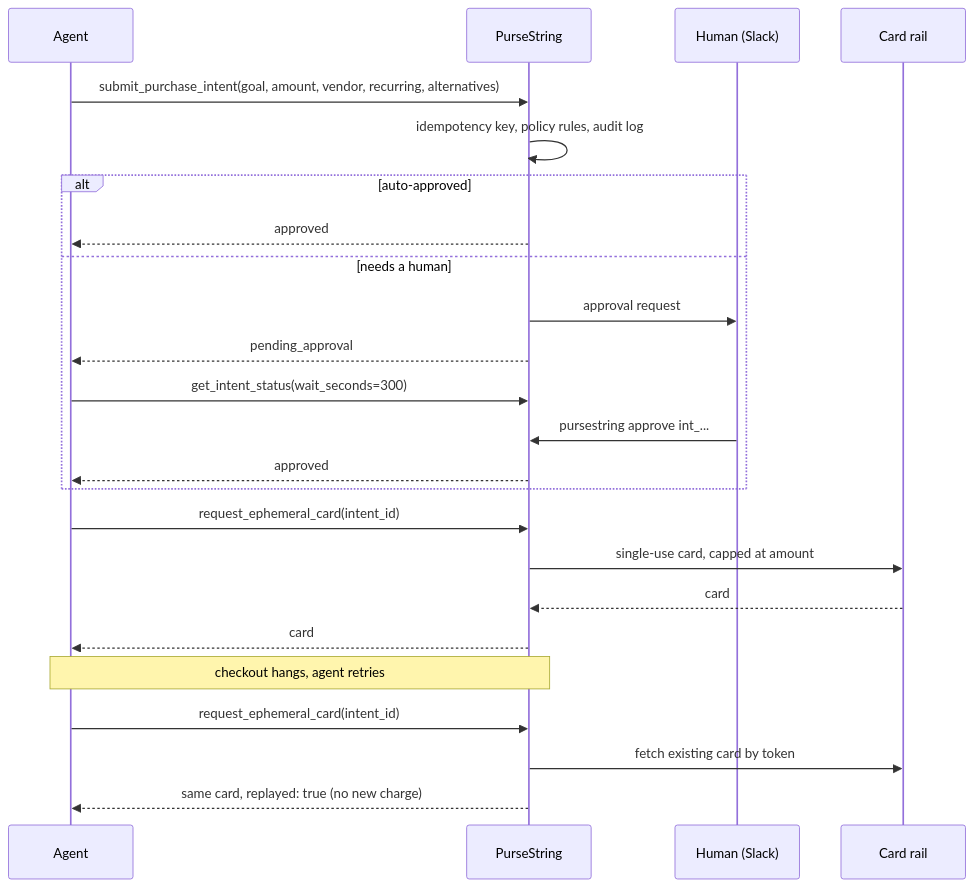
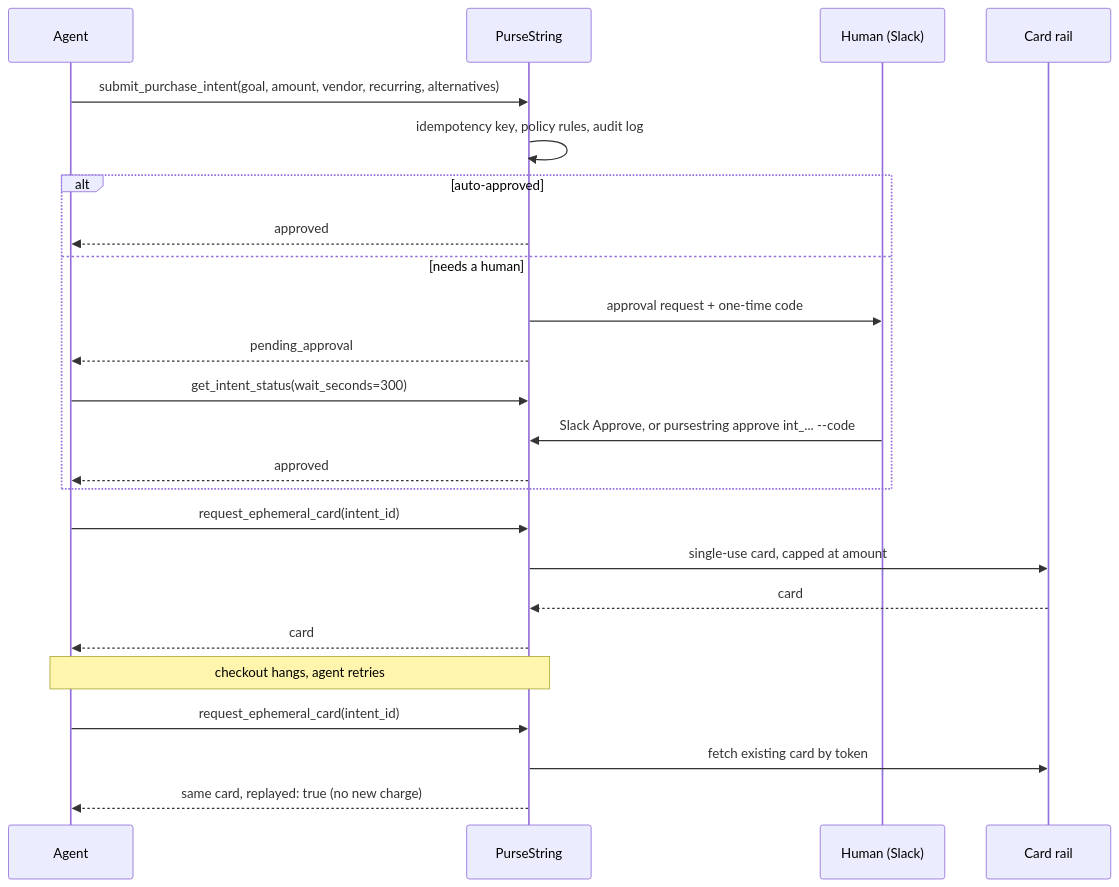
The first of 3 diagrams in docs/how-it-works.md (suseendar1414/pursestring), drawn with Mermaid before and after one commit. The commit also changed 16 other files, not shown here.

````diff
--- a/docs/how-it-works.md
+++ b/docs/how-it-works.md
@@ -5,26 +5,26 @@
 ```mermaid
 sequenceDiagram
   participant A as Agent
   participant S as PurseString
   participant H as Human (Slack)
   participant R as Card rail
   A->>S: submit_purchase_intent(goal, amount, vendor, recurring, alternatives)
   S->>S: idempotency key, policy rules, audit log
   alt auto-approved
     S-->>A: approved
   else needs a human
-    S->>H: approval request
+    S->>H: approval request + one-time code
     S-->>A: pending_approval
     A->>S: get_intent_status(wait_seconds=300)
-    H->>S: pursestring approve int_...
+    H->>S: Slack Approve, or pursestring approve int_... --code
     S-->>A: approved
   end
   A->>S: request_ephemeral_card(intent_id)
   S->>R: single-use card, capped at amount
   R-->>S: card
   S-->>A: card
   Note over A,S: checkout hangs, agent retries
   A->>S: request_ephemeral_card(intent_id)
   S->>R: fetch existing card by token
   S-->>A: same card, replayed: true (no new charge)
 ```
````
